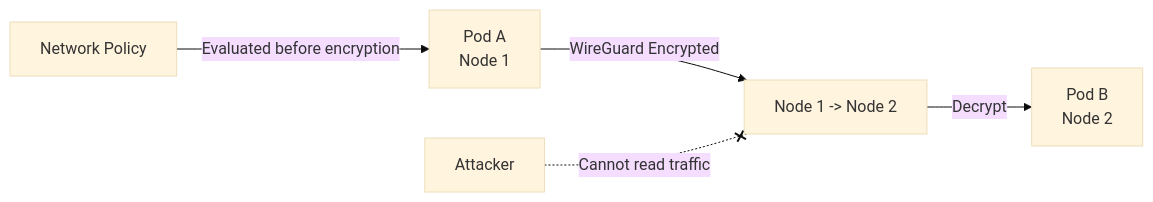
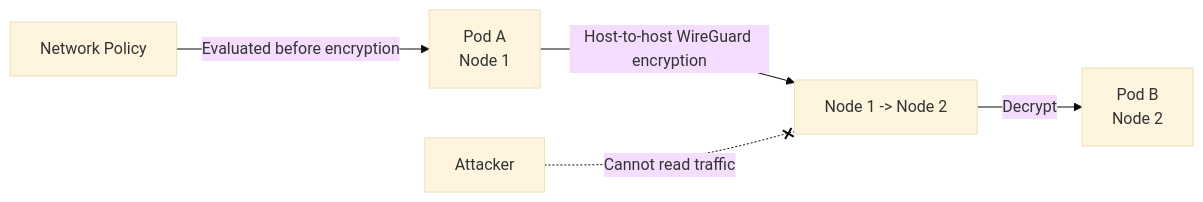
The diagram in posts/2026-03-13-test-encrypted-pod-traffic-calico-real-traffic/README.md (OneUptime/blog), drawn with Mermaid (base theme) before and after one commit. The commit also changed other lines of this file and 2 other files, not shown here.

Commit message:
validate: 2026-03-13-test-encrypted-pod-traffic-calico-real-traffic

````diff
--- a/posts/2026-03-13-test-encrypted-pod-traffic-calico-real-traffic/README.md
+++ b/posts/2026-03-13-test-encrypted-pod-traffic-calico-real-traffic/README.md
@@ -89,9 +90,9 @@
 ```mermaid
 flowchart LR
     A[Pod A
-Node 1] -->|WireGuard Encrypted| B[Node 1 -> Node 2]
+Node 1] -->|Host-to-host WireGuard encryption| B[Node 1 -> Node 2]
     B -->|Decrypt| C[Pod B
 Node 2]
     D[Network Policy] -->|Evaluated before encryption| A
     E[Attacker] -.-x|Cannot read traffic| B
 ```
````
